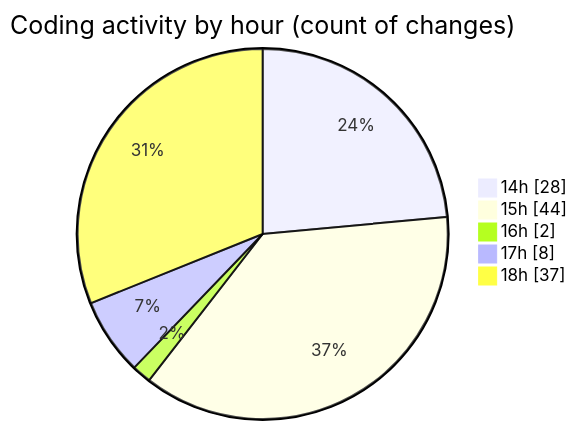
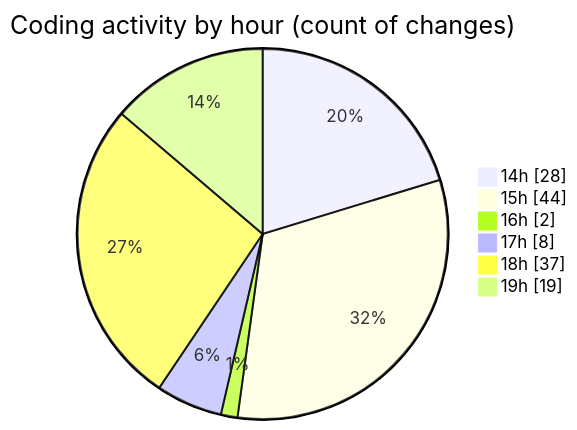
Before and after one commit to Ritupan-Deka/code-tracking: the second of 2 diagrams in 2025-07-01/urlwebwalatask/README.md, drawn with Mermaid. The commit also changed other lines of this file and 1 other file, not shown here.

````diff
--- a/2025-07-01/urlwebwalatask/README.md
+++ b/2025-07-01/urlwebwalatask/README.md
@@ -43,9 +43,10 @@
 ```mermaid
 pie showData
 title Coding activity by hour (count of changes)
 "14h" : 28
 "15h" : 44
 "16h" : 2
 "17h" : 8
 "18h" : 37
+"19h" : 19
 ```
````
